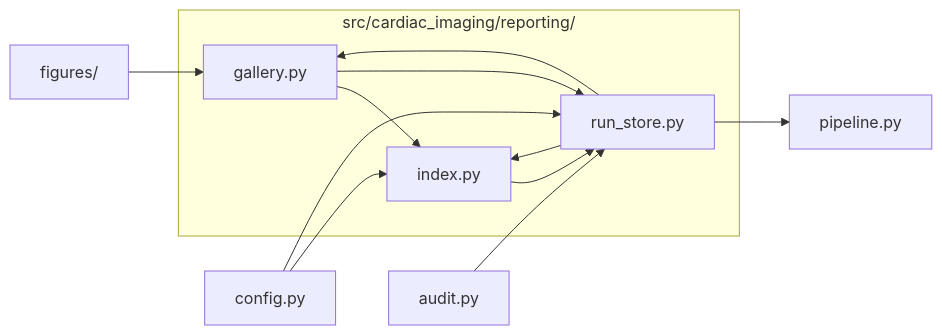
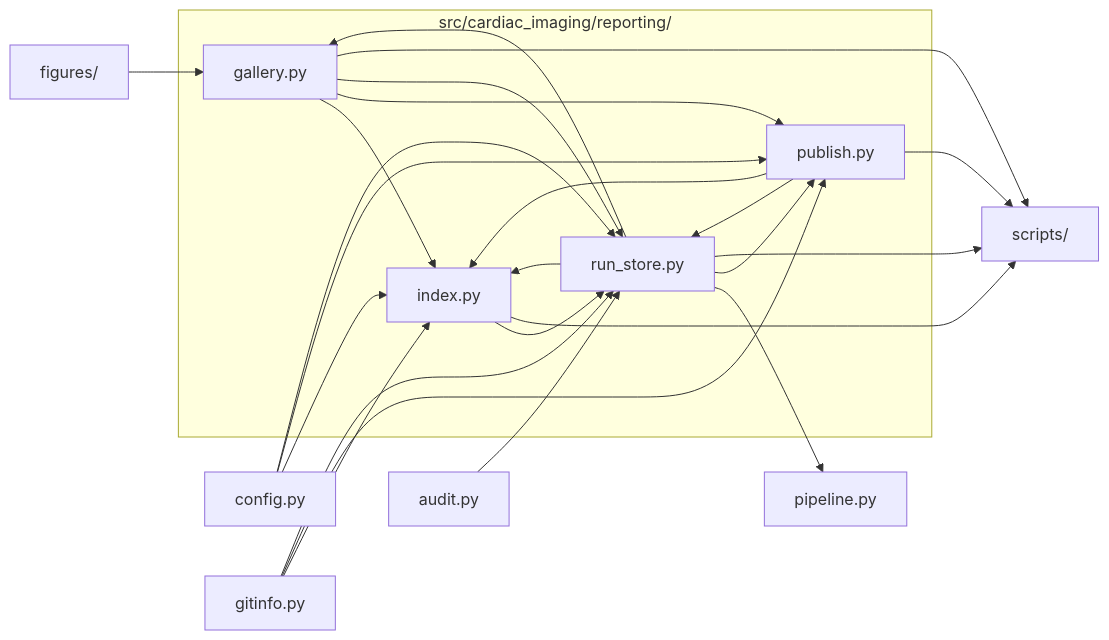
One commit to drsanjna/cardiac-imaging-medicare changed the diagram in src/cardiac_imaging/reporting/README.md. Above: the diagram before and after it, drawn with Mermaid. The commit also changed other lines of this file and 16 other files, not shown here.

First line of the commit message:
Snapshot code per run and publish runs to GitHub; index shows all runs

````diff
--- a/src/cardiac_imaging/reporting/README.md
+++ b/src/cardiac_imaging/reporting/README.md
@@ -11,22 +11,37 @@
 ```mermaid
 flowchart LR
   subgraph here["src/cardiac_imaging/reporting/"]
     n_gallery_py["gallery.py"]
     n_index_py["index.py"]
+    n_publish_py["publish.py"]
     n_run_store_py["run_store.py"]
   end
   n_audit_py["audit.py"]
   n_config_py["config.py"]
   n_figures_["figures/"]
+  n_gitinfo_py["gitinfo.py"]
   n_pipeline_py["pipeline.py"]
+  n_scripts_["scripts/"]
   n_audit_py --> n_run_store_py
   n_config_py --> n_index_py
+  n_config_py --> n_publish_py
   n_config_py --> n_run_store_py
   n_figures_ --> n_gallery_py
   n_gallery_py --> n_index_py
+  n_gallery_py --> n_publish_py
   n_gallery_py --> n_run_store_py
+  n_gallery_py --> n_scripts_
+  n_gitinfo_py --> n_index_py
+  n_gitinfo_py --> n_publish_py
+  n_gitinfo_py --> n_run_store_py
   n_index_py --> n_run_store_py
+  n_index_py --> n_scripts_
+  n_publish_py --> n_index_py
+  n_publish_py --> n_run_store_py
+  n_publish_py --> n_scripts_
   n_run_store_py --> n_gallery_py
   n_run_store_py --> n_index_py
   n_run_store_py --> n_pipeline_py
+  n_run_store_py --> n_publish_py
+  n_run_store_py --> n_scripts_
 ```
````
